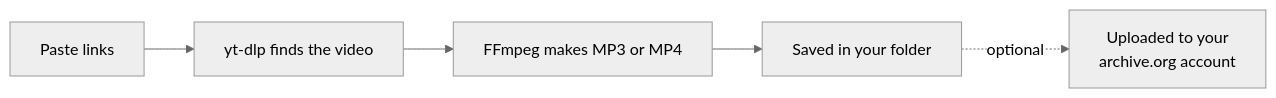
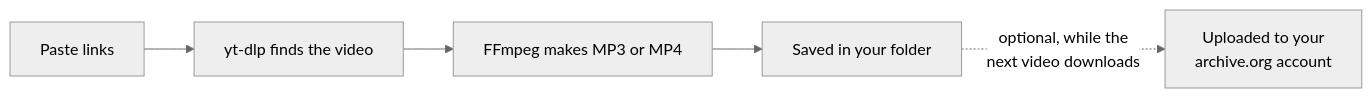
Before and after one commit to sarah-creats/video-archiver: the diagram in README.md, drawn with Mermaid (neutral theme). The commit also changed other lines of this file and 7 other files, not shown here.

````diff
--- a/README.md
+++ b/README.md
@@ -76,7 +86,7 @@
 ```mermaid
 flowchart LR
     A[Paste links] --> B[yt-dlp finds the video]
     B --> C[FFmpeg makes MP3 or MP4]
     C --> D[Saved in your folder]
-    D -. optional .-> E[Uploaded to your<br/>archive.org account]
+    D -. optional, while the<br/>next video downloads .-> E[Uploaded to your<br/>archive.org account]
 ```
````
